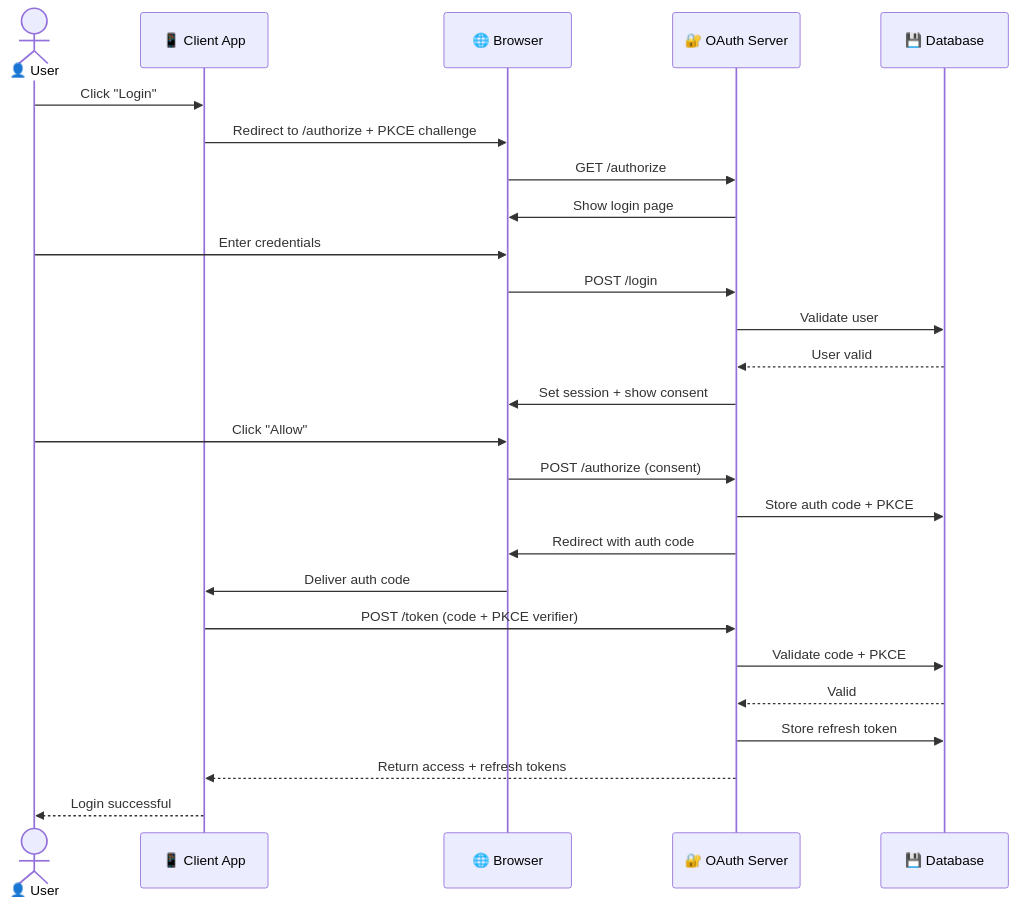
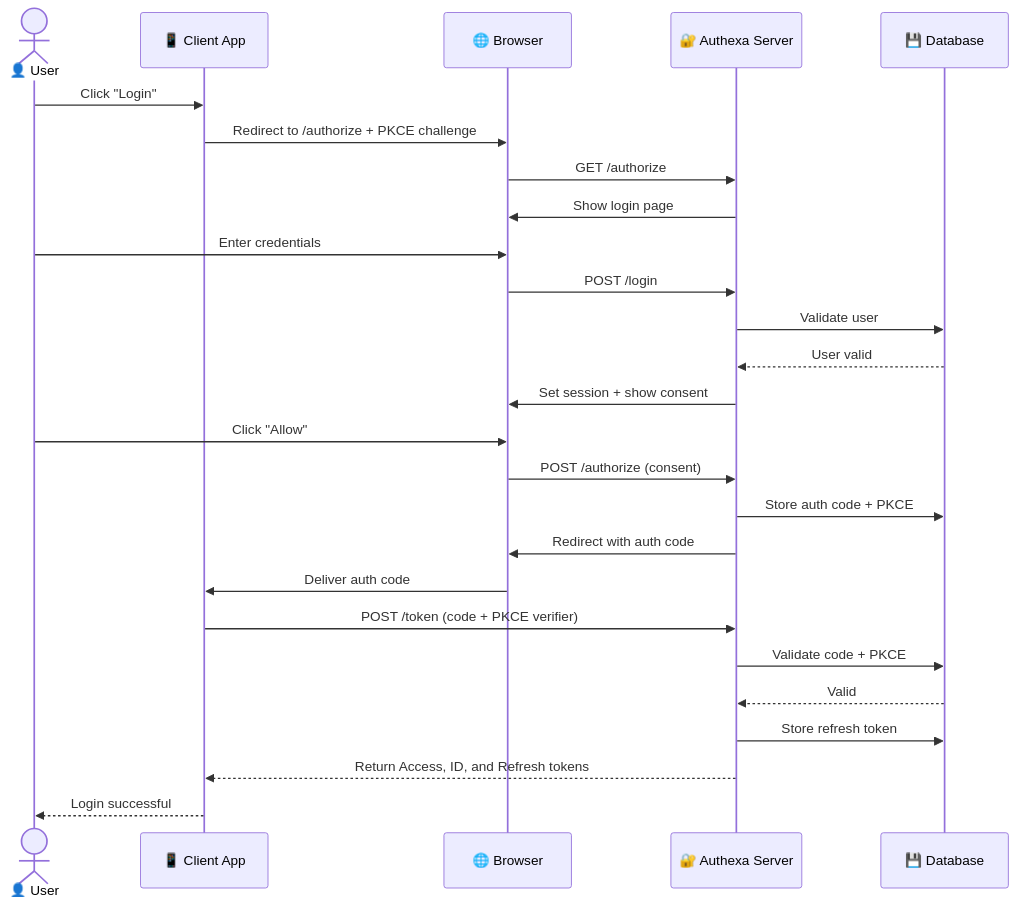
One commit to aminshahid573/oauth2-provider changed the diagram in README.md. Above: the diagram before and after it, drawn with Mermaid. The commit also changed other lines of this file and 2 other files, not shown here.

````diff
--- a/README.md
+++ b/README.md
@@ -65,36 +66,36 @@
 ```mermaid
 sequenceDiagram
     actor 👤 User
     participant 📱 Client App
     participant 🌐 Browser
-    participant 🔐 OAuth Server
+    participant 🔐 Authexa Server
     participant 💾 Database
 
     %% Phase 1: Initiate Login
     👤 User->>📱 Client App: Click "Login"
     📱 Client App->>🌐 Browser: Redirect to /authorize + PKCE challenge
     
     %% Phase 2: User Authentication
-    🌐 Browser->>🔐 OAuth Server: GET /authorize
-    🔐 OAuth Server->>🌐 Browser: Show login page
+    🌐 Browser->>🔐 Authexa Server: GET /authorize
+    🔐 Authexa Server->>🌐 Browser: Show login page
     👤 User->>🌐 Browser: Enter credentials
-    🌐 Browser->>🔐 OAuth Server: POST /login
-    🔐 OAuth Server->>💾 Database: Validate user
-    💾 Database-->>🔐 OAuth Server: User valid
-    🔐 OAuth Server->>🌐 Browser: Set session + show consent
+    🌐 Browser->>🔐 Authexa Server: POST /login
+    🔐 Authexa Server->>💾 Database: Validate user
+    💾 Database-->>🔐 Authexa Server: User valid
+    🔐 Authexa Server->>🌐 Browser: Set session + show consent
     
     %% Phase 3: User Consent
     👤 User->>🌐 Browser: Click "Allow"
-    🌐 Browser->>🔐 OAuth Server: POST /authorize (consent)
-    🔐 OAuth Server->>💾 Database: Store auth code + PKCE
-    🔐 OAuth Server->>🌐 Browser: Redirect with auth code
+    🌐 Browser->>🔐 Authexa Server: POST /authorize (consent)
+    🔐 Authexa Server->>💾 Database: Store auth code + PKCE
+    🔐 Authexa Server->>🌐 Browser: Redirect with auth code
     
     %% Phase 4: Token Exchange
     🌐 Browser->>📱 Client App: Deliver auth code
-    📱 Client App->>🔐 OAuth Server: POST /token (code + PKCE verifier)
-    🔐 OAuth Server->>💾 Database: Validate code + PKCE
-    💾 Database-->>🔐 OAuth Server: Valid
-    🔐 OAuth Server->>💾 Database: Store refresh token
-    🔐 OAuth Server-->>📱 Client App: Return access + refresh tokens
+    📱 Client App->>🔐 Authexa Server: POST /token (code + PKCE verifier)
+    🔐 Authexa Server->>💾 Database: Validate code + PKCE
+    💾 Database-->>🔐 Authexa Server: Valid
+    🔐 Authexa Server->>💾 Database: Store refresh token
+    🔐 Authexa Server-->>📱 Client App: Return Access, ID, and Refresh tokens
     📱 Client App-->>👤 User: Login successful
 ```
````
